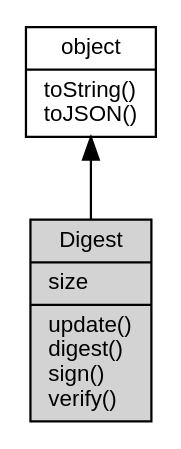
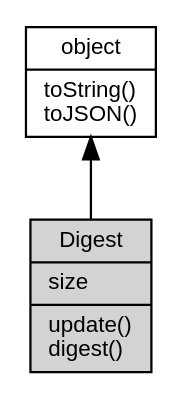
Before and after one commit to fibjs/fibjs.org: the diagram in docs/manual/object/ifs/Digest.md, drawn with Graphviz. The commit also changed other lines of this file and 58 other files, not shown here.

````diff
--- a/docs/manual/object/ifs/Digest.md
+++ b/docs/manual/object/ifs/Digest.md
@@ -23,10 +23,10 @@
 ```dot
 digraph {
     node [fontname="Helvetica,sans-Serif", fontsize=10, shape="record", style="filled", fillcolor="white"];
 
     object [tooltip="object", URL="object.md", label="{object|toString()\ltoJSON()\l}"];
-    Digest [tooltip="Digest", fillcolor="lightgray", id="me", label="{Digest|size\l|update()\ldigest()\lsign()\lverify()\l}"];
+    Digest [tooltip="Digest", fillcolor="lightgray", id="me", label="{Digest|size\l|update()\ldigest()\l}"];
 
     object -> Digest [dir=back];
 }
 ```
````
